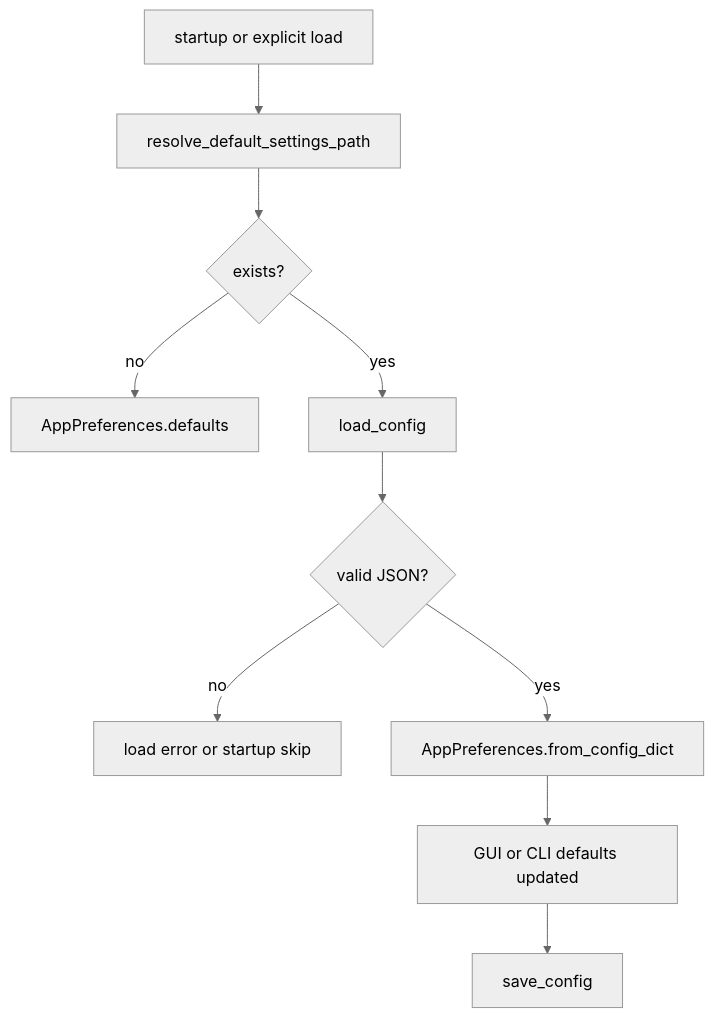
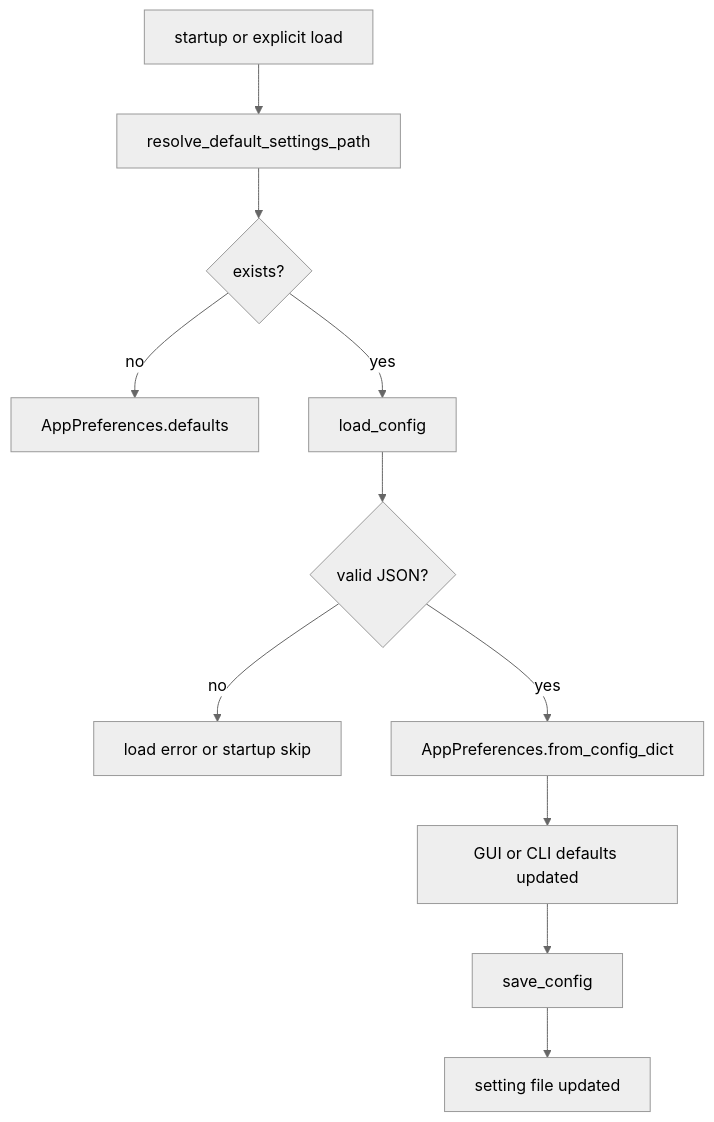
The third of 3 diagrams in docs/specs/core/harite-core-spec.md (oggy8021/Harite), drawn with Mermaid (neutral theme) before and after one commit. The commit also changed other lines of this file and 85 other files, not shown here.

````diff
--- a/docs/specs/core/harite-core-spec.md
+++ b/docs/specs/core/harite-core-spec.md
@@ -75,12 +234,13 @@
 ```mermaid
 flowchart TD
     A[startup or explicit load] --> B[resolve_default_settings_path]
     B --> C{exists?}
     C -- no --> D[AppPreferences.defaults]
     C -- yes --> E[load_config]
     E --> F{valid JSON?}
     F -- no --> Z[load error or startup skip]
     F -- yes --> G[AppPreferences.from_config_dict]
     G --> H[GUI or CLI defaults updated]
     H --> I[save_config]
+    I --> J[setting file updated]
 ```
````
